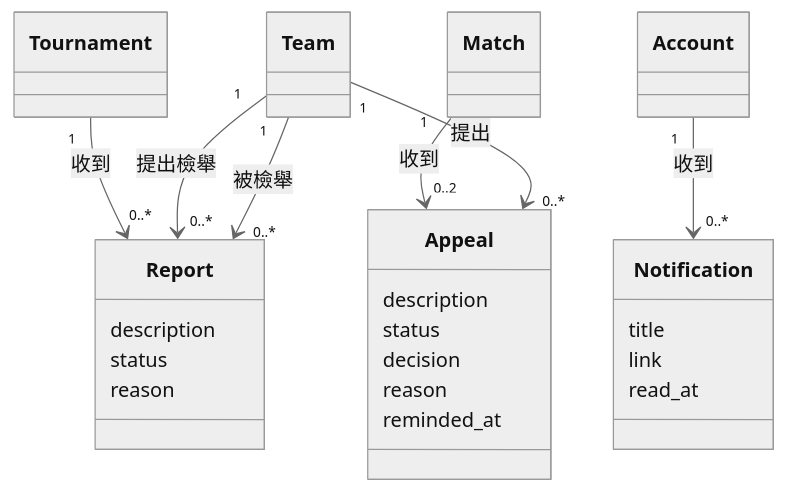
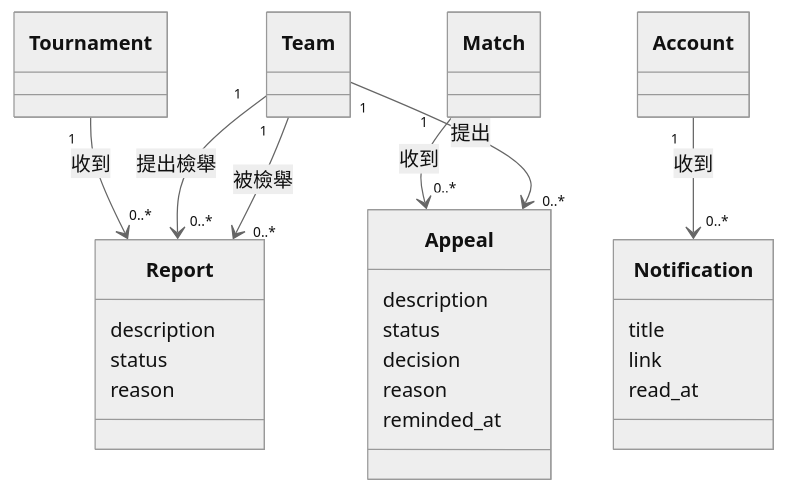
One commit to Team14good/esport-platform changed diagram 16 of 19 in docs/midterm/B-軟體需求分析文件.md. Above: the diagram before and after it, drawn with Mermaid (neutral theme). The commit also changed other lines of this file and 11 other files, not shown here.

````diff
--- a/docs/midterm/B-軟體需求分析文件.md
+++ b/docs/midterm/B-軟體需求分析文件.md
@@ -1308,30 +1312,30 @@
 ```mermaid
 classDiagram
   class Tournament
   class Team
   class Match
   class Account
   class Appeal {
     description
     status
     decision
     reason
     reminded_at
   }
   class Report {
     description
     status
     reason
   }
   class Notification {
     title
     link
     read_at
   }
-  Match "1" --> "0..2" Appeal : 收到
+  Match "1" --> "0..*" Appeal : 收到
   Team "1" --> "0..*" Appeal : 提出
   Tournament "1" --> "0..*" Report : 收到
   Team "1" --> "0..*" Report : 提出檢舉
   Team "1" --> "0..*" Report : 被檢舉
   Account "1" --> "0..*" Notification : 收到
 ```
````
